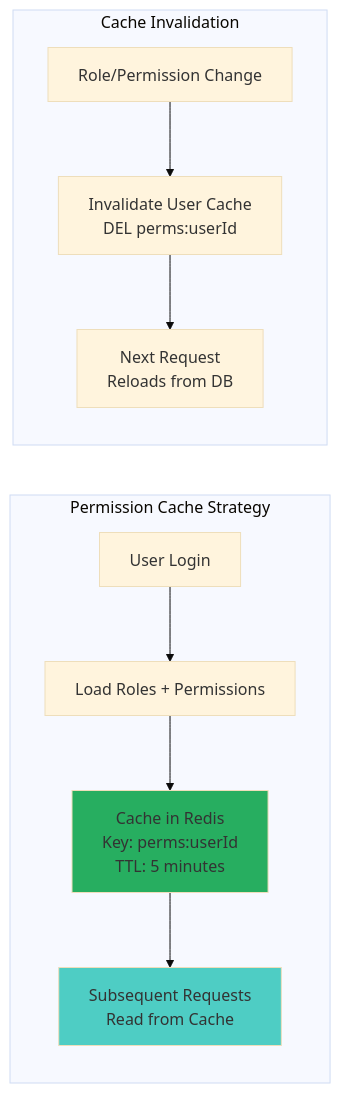
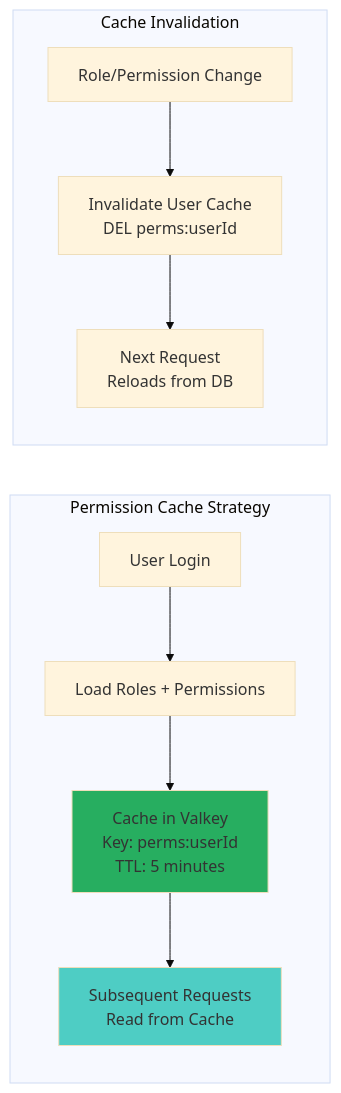
Before and after one commit to telemetryflow/telemetryflow-overview: the tenth of 11 diagrams in backend/modules/100-core.md, drawn with Mermaid (base theme). The commit also changed other lines of this file and 23 other files, not shown here.

First line of the commit message:
docs: relabel Redis->Valkey in architecture/diagrams/prose (follow-up sweep)

````diff
--- a/backend/modules/100-core.md
+++ b/backend/modules/100-core.md
@@ -601,16 +601,16 @@
 ```mermaid
 graph LR
     subgraph "Permission Cache Strategy"
         A[User Login] --> B[Load Roles + Permissions]
-        B --> C[Cache in Redis<br/>Key: perms:userId<br/>TTL: 5 minutes]
+        B --> C[Cache in Valkey<br/>Key: perms:userId<br/>TTL: 5 minutes]
         C --> D[Subsequent Requests<br/>Read from Cache]
     end
 
     subgraph "Cache Invalidation"
         E[Role/Permission Change] --> F[Invalidate User Cache<br/>DEL perms:userId]
         F --> G[Next Request<br/>Reloads from DB]
     end
 
     style C fill:#27ae60
     style D fill:#4ecdc4
 ```
````
